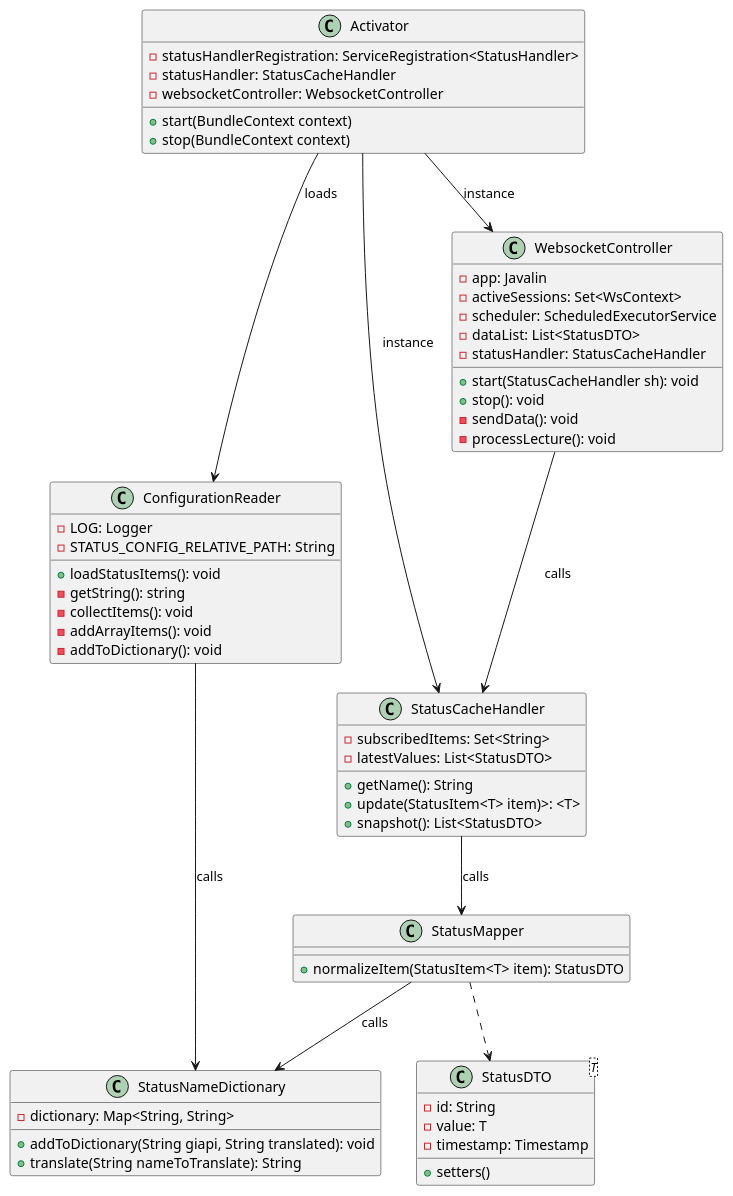
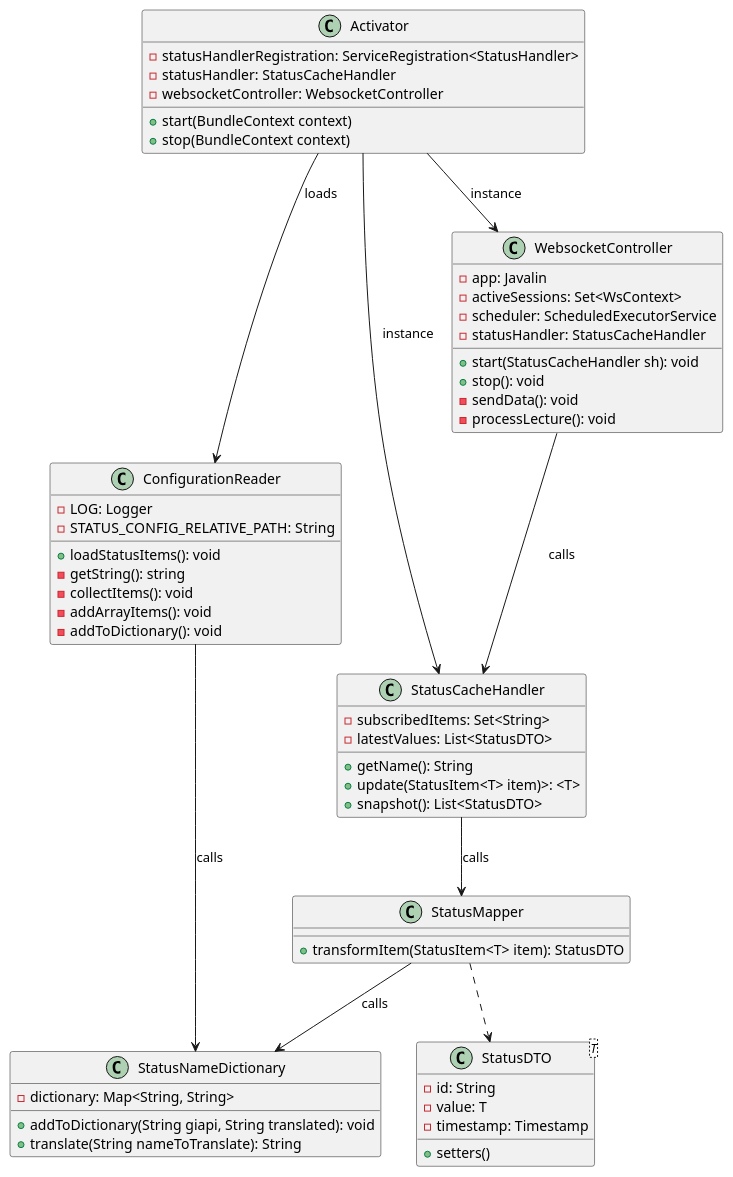
Before and after one commit to gemini-hlsw/gmp: the diagram in edu.gemini.isd/src/main/docs/classDiagram.plantuml, drawn with PlantUML. The commit also changed 10 other files, not shown here.

```diff
--- a/edu.gemini.isd/src/main/docs/classDiagram.plantuml
+++ b/edu.gemini.isd/src/main/docs/classDiagram.plantuml
@@ -1,70 +1,69 @@
 @startuml
 
 Activator-->ConfigurationReader: loads
 Activator-->StatusCacheHandler:instance
 WebsocketController-->StatusCacheHandler:calls
 Activator-->WebsocketController:instance
 StatusCacheHandler-->StatusMapper:calls
 StatusMapper..>StatusDTO
 StatusMapper-->StatusNameDictionary:calls
 ConfigurationReader-->StatusNameDictionary:calls
 
 
 class Activator{
 -statusHandlerRegistration: ServiceRegistration<StatusHandler>
 -statusHandler: StatusCacheHandler
 -websocketController: WebsocketController
 +start(BundleContext context)
 +stop(BundleContext context)
 }
 
 class WebsocketController{
 -app: Javalin
 -activeSessions: Set<WsContext>
 -scheduler: ScheduledExecutorService
--dataList: List<StatusDTO>
 -statusHandler: StatusCacheHandler
 
 +start(StatusCacheHandler sh): void
 +stop(): void
 -sendData(): void
 -processLecture(): void
 }
 
 class StatusCacheHandler{
 -subscribedItems: Set<String>
 -latestValues: List<StatusDTO>
 
 +getName(): String
 +update(StatusItem<T> item)>: <T>
 +snapshot(): List<StatusDTO>
 }
 
 class StatusMapper{
-+normalizeItem(StatusItem<T> item): StatusDTO
++transformItem(StatusItem<T> item): StatusDTO
 }
 
 class ConfigurationReader{
 -LOG: Logger
 -STATUS_CONFIG_RELATIVE_PATH: String
 +loadStatusItems(): void
 -getString(): string
 -collectItems(): void
 -addArrayItems(): void
 -addToDictionary(): void
 }
 
 class StatusDTO<T>{
 -id: String
 -value: T
 -timestamp: Timestamp
 +setters()
 }
 
 class StatusNameDictionary{
 -dictionary: Map<String, String>
 +addToDictionary(String giapi, String translated): void
 +translate(String nameToTranslate): String
 }
 
 @enduml
```
